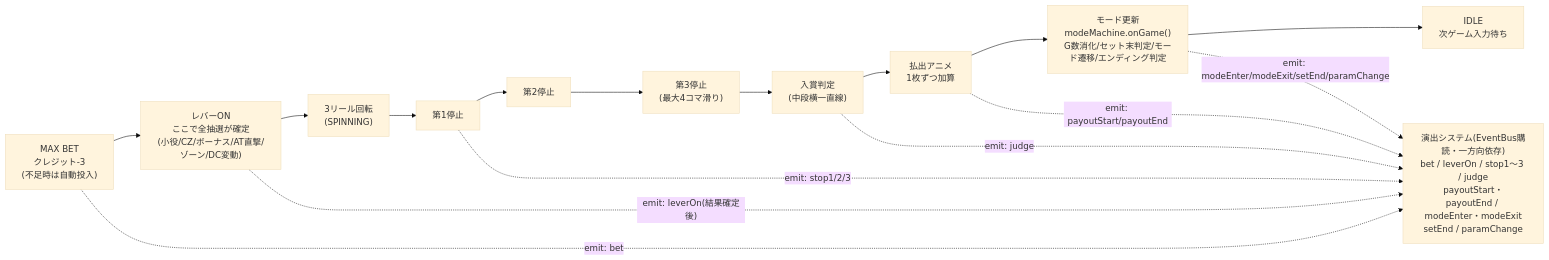
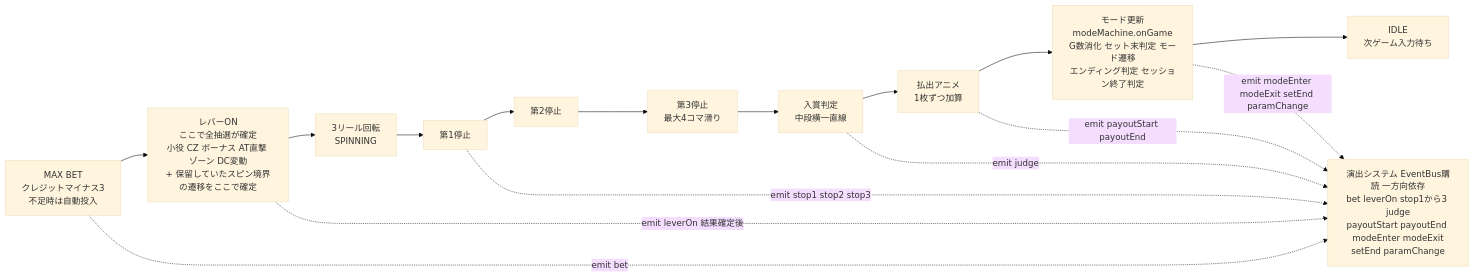
The fourth of 5 diagrams in docs/FLOW.md (nekorobiaws-maker/awslot), drawn with Mermaid (base theme) before and after one commit. The commit also changed other lines of this file and 21 other files, not shown here.

````diff
--- a/docs/FLOW.md
+++ b/docs/FLOW.md
@@ -153,18 +203,18 @@
 ```mermaid
 flowchart LR
-  BET["MAX BET<br/>クレジット-3<br/>(不足時は自動投入)"] --> LEVER["レバーON<br/>ここで全抽選が確定<br/>(小役/CZ/ボーナス/AT直撃/ゾーン/DC変動)"]
-  LEVER --> SPIN["3リール回転<br/>(SPINNING)"]
-  SPIN --> STOP1["第1停止"] --> STOP2["第2停止"] --> STOP3["第3停止<br/>(最大4コマ滑り)"]
-  STOP3 --> JUDGE["入賞判定<br/>(中段横一直線)"]
+  BET["MAX BET<br/>クレジットマイナス3<br/>不足時は自動投入"] --> LEVER["レバーON<br/>ここで全抽選が確定<br/>小役 CZ ボーナス AT直撃 ゾーン DC変動<br/>+ 保留していたスピン境界の遷移をここで確定"]
+  LEVER --> SPIN["3リール回転<br/>SPINNING"]
+  SPIN --> STOP1["第1停止"] --> STOP2["第2停止"] --> STOP3["第3停止<br/>最大4コマ滑り"]
+  STOP3 --> JUDGE["入賞判定<br/>中段横一直線"]
   JUDGE --> PAYOUT["払出アニメ<br/>1枚ずつ加算"]
-  PAYOUT --> MODE["モード更新<br/>modeMachine.onGame()<br/>G数消化/セット末判定/モード遷移/エンディング判定"]
+  PAYOUT --> MODE["モード更新<br/>modeMachine.onGame<br/>G数消化 セット末判定 モード遷移<br/>エンディング判定 セッション終了判定"]
   MODE --> IDLE["IDLE<br/>次ゲーム入力待ち"]
 
-  EVENTS["演出システム(EventBus購読・一方向依存)<br/>bet / leverOn / stop1〜3 / judge<br/>payoutStart・payoutEnd / modeEnter・modeExit<br/>setEnd / paramChange"]
-  BET -.->|"emit: bet"| EVENTS
-  LEVER -.->|"emit: leverOn(結果確定後)"| EVENTS
-  STOP1 -.->|"emit: stop1/2/3"| EVENTS
-  JUDGE -.->|"emit: judge"| EVENTS
-  PAYOUT -.->|"emit: payoutStart/payoutEnd"| EVENTS
-  MODE -.->|"emit: modeEnter/modeExit/setEnd/paramChange"| EVENTS
+  EVENTS["演出システム EventBus購読 一方向依存<br/>bet leverOn stop1から3 judge<br/>payoutStart payoutEnd modeEnter modeExit<br/>setEnd paramChange"]
+  BET -.->|"emit bet"| EVENTS
+  LEVER -.->|"emit leverOn 結果確定後"| EVENTS
+  STOP1 -.->|"emit stop1 stop2 stop3"| EVENTS
+  JUDGE -.->|"emit judge"| EVENTS
+  PAYOUT -.->|"emit payoutStart payoutEnd"| EVENTS
+  MODE -.->|"emit modeEnter modeExit setEnd paramChange"| EVENTS
 ```
````
